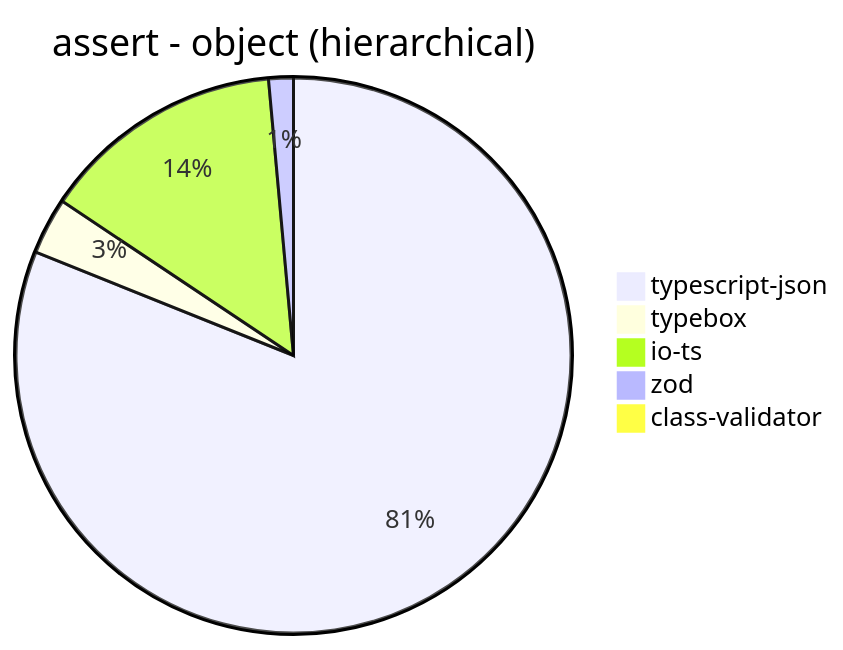
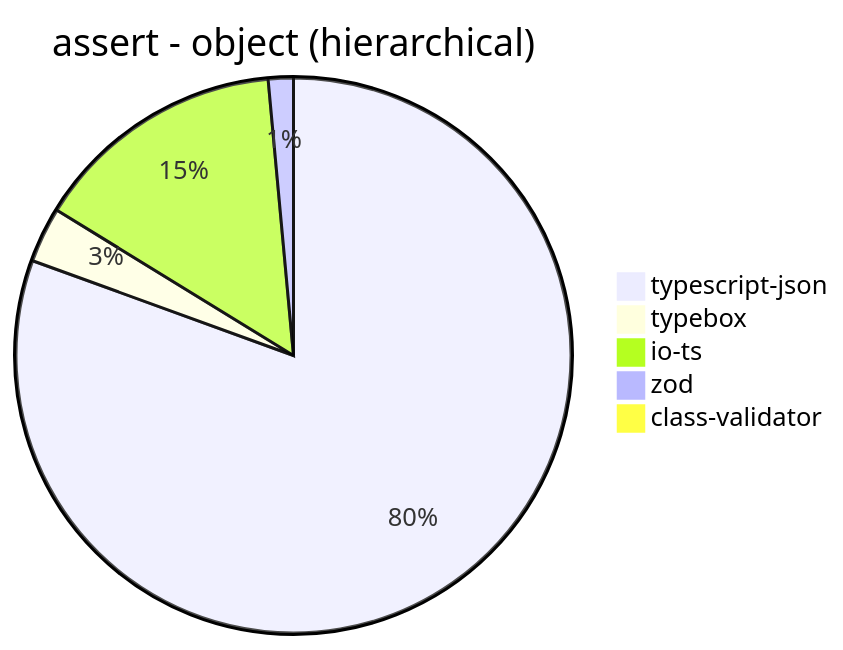
Before and after one commit to samchon/typia: the ninth of 38 diagrams in benchmark/results/AMD Ryzen 7 5800H with Radeon Graphics.md, drawn with Mermaid. The commit also changed other lines of this file and 189 other files, not shown here.

````diff
--- a/benchmark/results/AMD Ryzen 7 5800H with Radeon Graphics.md
+++ b/benchmark/results/AMD Ryzen 7 5800H with Radeon Graphics.md
@@ -126,8 +126,8 @@
 ```mermaid
 pie title assert - object (hierarchical)
-  "typescript-json": 21766.92543780466
-  "typebox": 884.012539184953
-  "io-ts": 3810.975609756098
-  "zod": 385.9680602906872
-  "class-validator": 56.610664718772824
+  "typescript-json": 21915.05435784043
+  "typebox": 877.0477668563545
+  "io-ts": 4018.6312488470758
+  "zod": 397.2005089983639
+  "class-validator": 58.11997757428518
 ```
````
